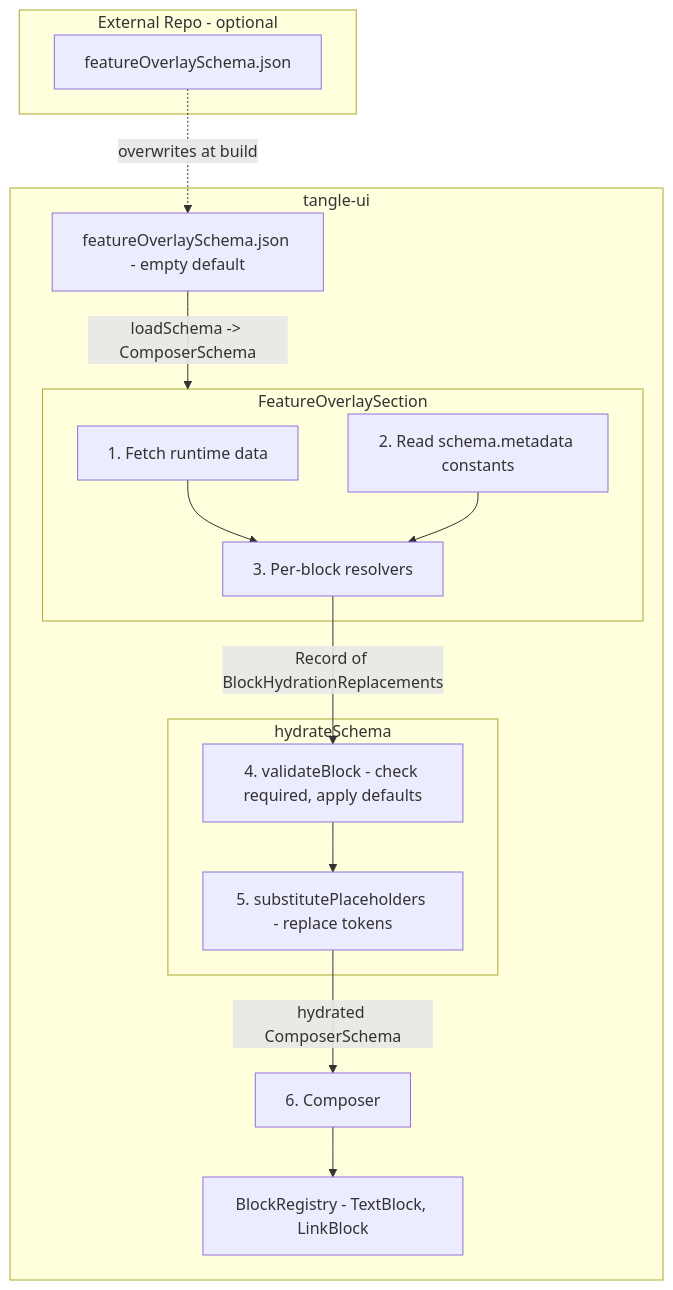
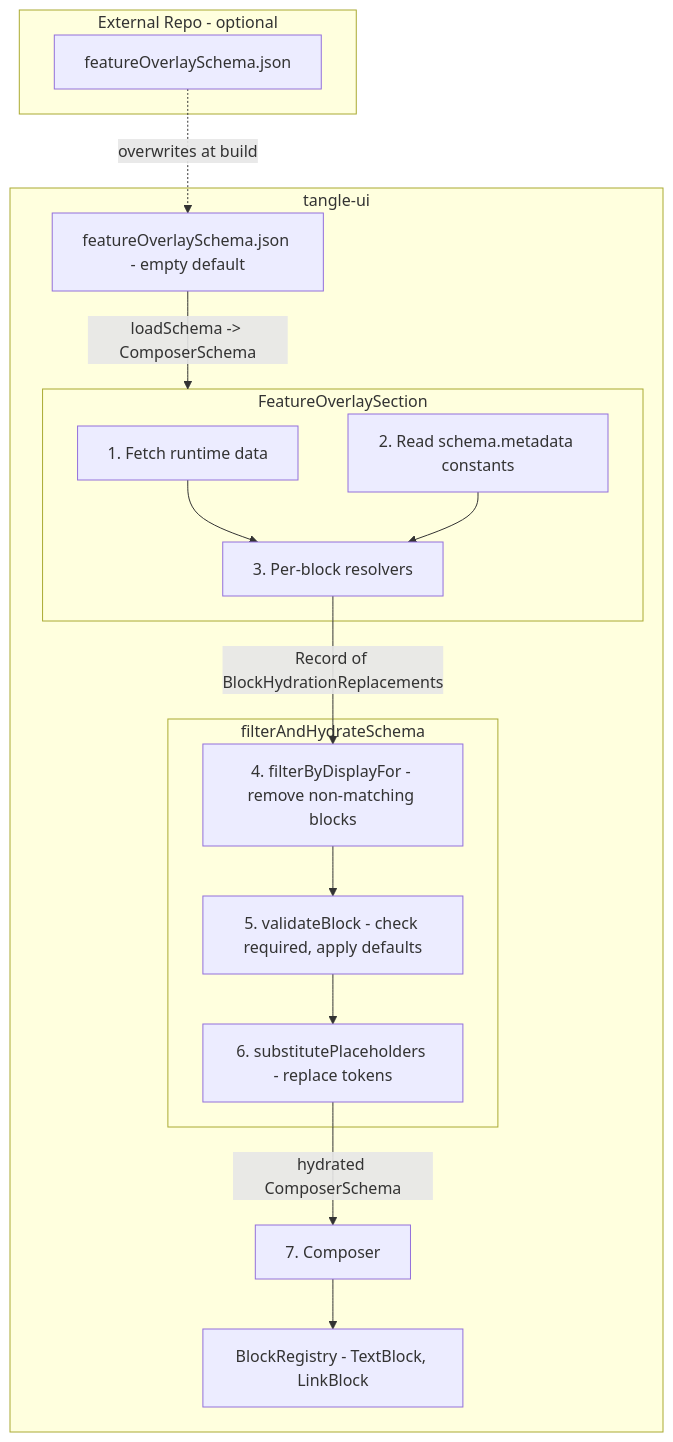
One commit to TangleML/tangle-ui changed the first of 2 diagrams in docs/generic-overlay-guide.md. Above: the diagram before and after it, drawn with Mermaid. The commit also changed other lines of this file and 7 other files, not shown here.

````diff
--- a/docs/generic-overlay-guide.md
+++ b/docs/generic-overlay-guide.md
@@ -32,34 +33,36 @@
 ```mermaid
 flowchart TB
     subgraph externalRepo ["External Repo - optional"]
         OverlayJSON["featureOverlaySchema.json"]
     end
 
     subgraph tangleUI ["tangle-ui"]
         DefaultJSON["featureOverlaySchema.json - empty default"]
 
         subgraph consumer ["FeatureOverlaySection"]
             FetchData["1. Fetch runtime data"]
             ReadMeta["2. Read schema.metadata constants"]
             Resolvers["3. Per-block resolvers"]
         end
 
-        subgraph hydrate ["hydrateSchema"]
-            Validate["4. validateBlock - check required, apply defaults"]
-            Substitute["5. substitutePlaceholders - replace tokens"]
+        subgraph hydrate ["filterAndHydrateSchema"]
+            Filter["4. filterByDisplayFor - remove non-matching blocks"]
+            Validate["5. validateBlock - check required, apply defaults"]
+            Substitute["6. substitutePlaceholders - replace tokens"]
         end
 
-        ComposerComp["6. Composer"]
+        ComposerComp["7. Composer"]
         RegistryNode["BlockRegistry - TextBlock, LinkBlock"]
 
         FetchData --> Resolvers
         ReadMeta --> Resolvers
-        Resolvers -->|"Record of BlockHydrationReplacements"| Validate
+        Resolvers -->|"Record of BlockHydrationReplacements"| Filter
+        Filter --> Validate
         Validate --> Substitute
         Substitute -->|"hydrated ComposerSchema"| ComposerComp
         ComposerComp --> RegistryNode
     end
 
     OverlayJSON -.->|"overwrites at build"| DefaultJSON
     DefaultJSON -->|"loadSchema -> ComposerSchema"| consumer
 ```
````
